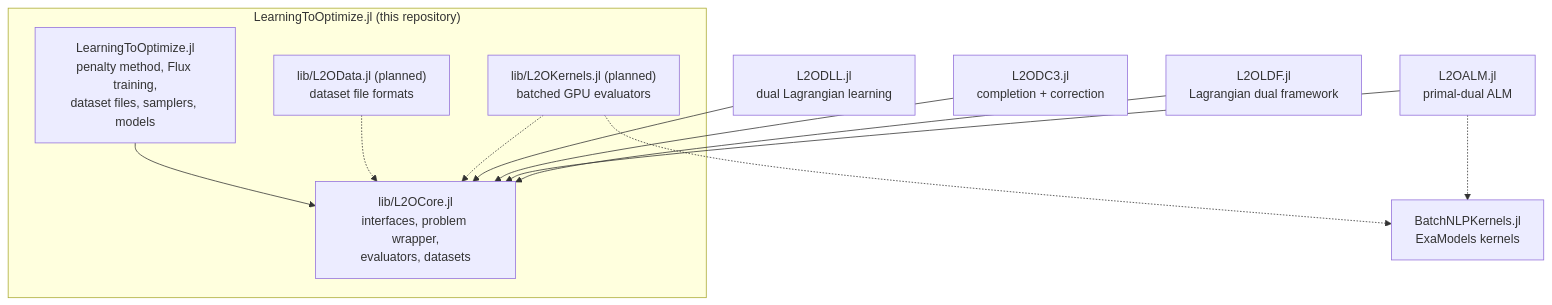
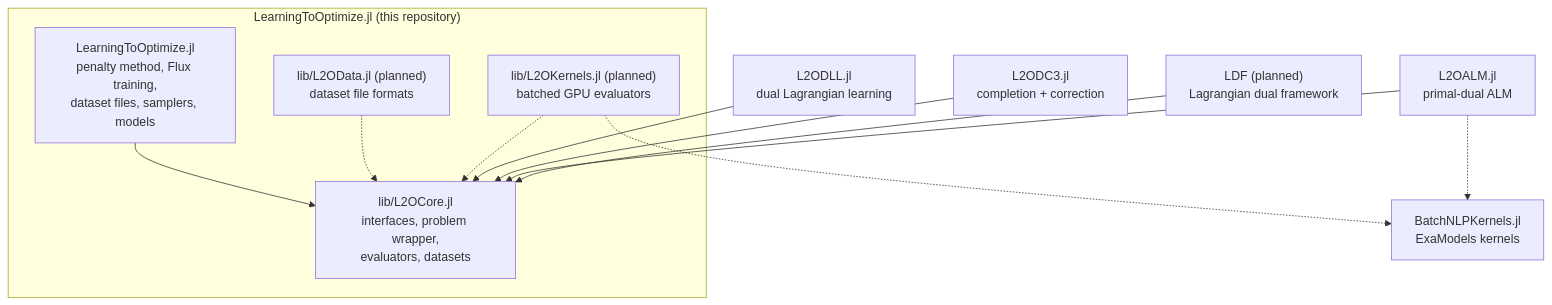
The first of 5 diagrams in docs/src/design.md (LearningToOptimize/LearningToOptimize.jl), drawn with Mermaid before and after one commit. The commit also changed other lines of this file and 4 other files, not shown here.

````diff
--- a/docs/src/design.md
+++ b/docs/src/design.md
@@ -11,23 +11,23 @@
 ```mermaid
 graph TD
     subgraph "LearningToOptimize.jl (this repository)"
         CORE["lib/L2OCore.jl<br/>interfaces, problem wrapper,<br/>evaluators, datasets"]
         MAIN["LearningToOptimize.jl<br/>penalty method, Flux training,<br/>dataset files, samplers, models"]
         DATA["lib/L2OData.jl (planned)<br/>dataset file formats"]
         KERN["lib/L2OKernels.jl (planned)<br/>batched GPU evaluators"]
     end
     DLL["L2ODLL.jl<br/>dual Lagrangian learning"]
     DC3["L2ODC3.jl<br/>completion + correction"]
     ALM["L2OALM.jl<br/>primal-dual ALM"]
-    LDF["L2OLDF.jl<br/>Lagrangian dual framework"]
+    LDF["LDF (planned)<br/>Lagrangian dual framework"]
     BNK["BatchNLPKernels.jl<br/>ExaModels kernels"]
     MAIN --> CORE
     DATA -.-> CORE
     KERN -.-> CORE
     KERN -.-> BNK
     DLL --> CORE
     DC3 --> CORE
     ALM --> CORE
     LDF --> CORE
     ALM -.-> BNK
 ```
````
